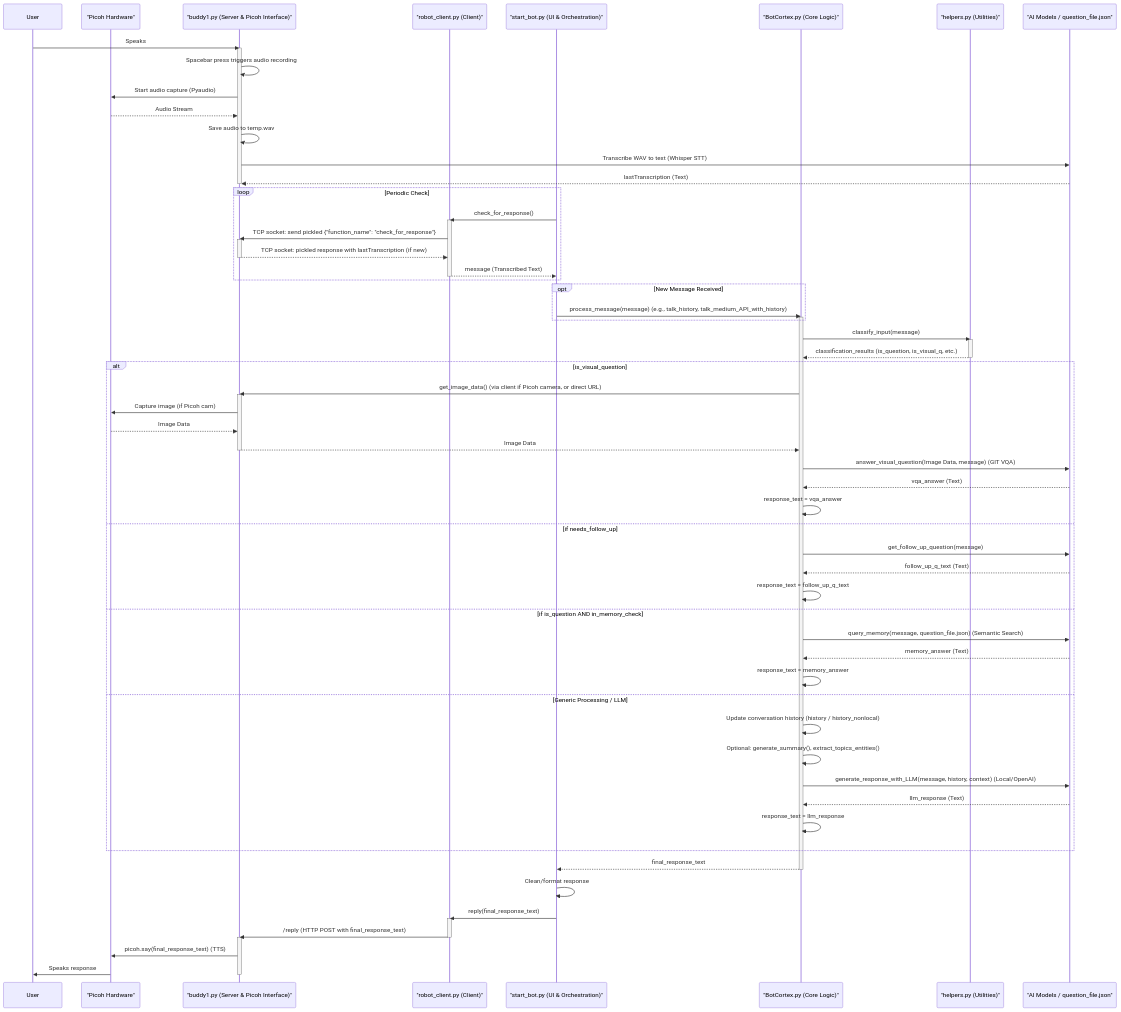
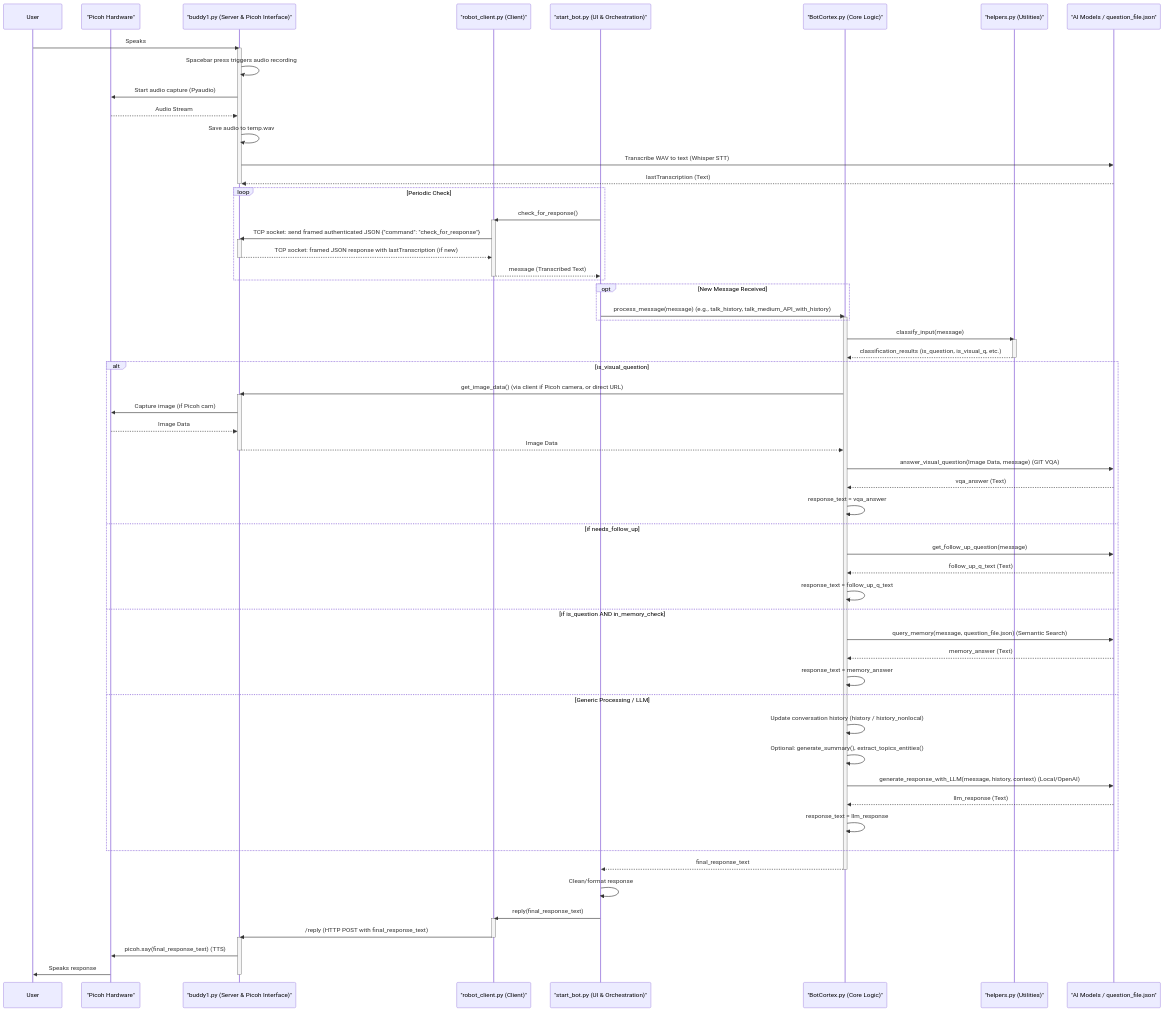
One commit to dhar174/DeskBuddy changed the diagram in conversation_flow.md. Above: the diagram before and after it, drawn with Mermaid. The commit also changed 28 other files, not shown here.

```diff
--- a/conversation_flow.md
+++ b/conversation_flow.md
@@ -24,10 +24,11 @@
     loop Periodic Check
         start_bot->>client: check_for_response()
         activate client
-        client->>buddy1: TCP socket: send pickled {"function_name": "check_for_response"}
+        client->>buddy1: TCP socket: send framed authenticated JSON {"command": "check_for_response"}
         activate buddy1
-        buddy1-->>client: TCP socket: pickled response with lastTranscription (if new)
+        buddy1-->>client: TCP socket: framed JSON response with lastTranscription (if new)
         deactivate buddy1
+
         client-->>start_bot: message (Transcribed Text)
         deactivate client
     end
```
